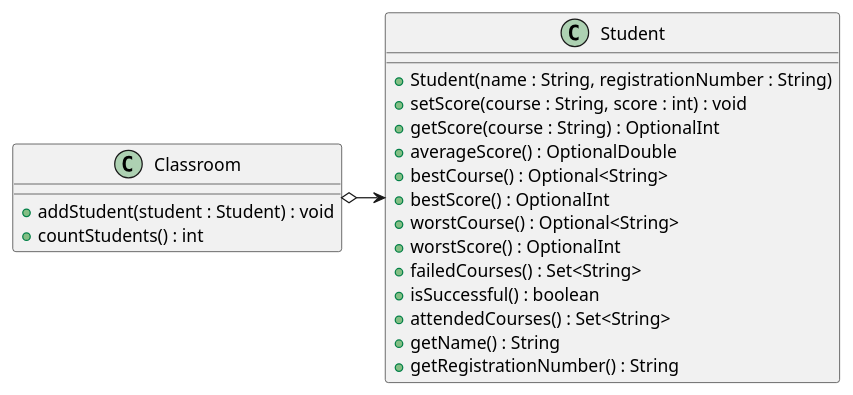
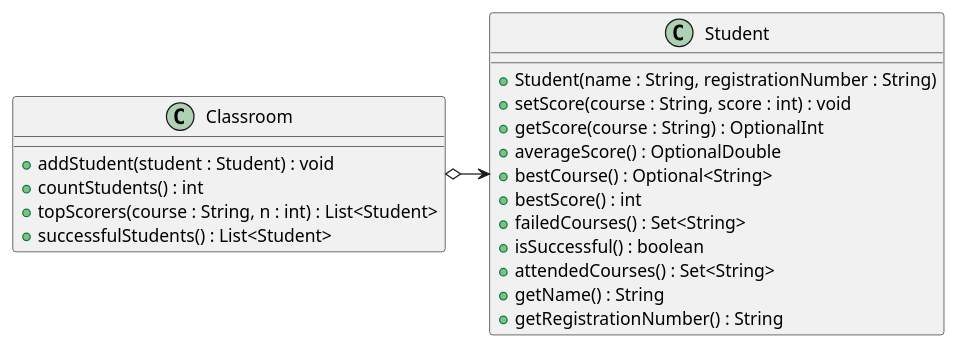
Before and after one commit to umons-polytech-odl2017/odl-tp5-theopoissonnier: the diagram in src/main/asciidoc/images/student-score.puml, drawn with PlantUML. The commit also changed 7 other files, not shown here.

```diff
--- a/src/main/asciidoc/images/student-score.puml
+++ b/src/main/asciidoc/images/student-score.puml
@@ -1,25 +1,25 @@
 @startuml
 
 class Classroom {
     +addStudent(student : Student) : void
     +countStudents() : int
+    +topScorers(course : String, n : int) : List<Student>
+    +successfulStudents() : List<Student>
 }
 
 class Student {
     +Student(name : String, registrationNumber : String)
     +setScore(course : String, score : int) : void
     +getScore(course : String) : OptionalInt
     +averageScore() : OptionalDouble
     +bestCourse() : Optional<String>
-    +bestScore() : OptionalInt
-    +worstCourse() : Optional<String>
-    +worstScore() : OptionalInt
+    +bestScore() : int
     +failedCourses() : Set<String>
     +isSuccessful() : boolean
     +attendedCourses() : Set<String>
     +getName() : String
     +getRegistrationNumber() : String
 }
 
 Classroom o-> Student
 @enduml
```
